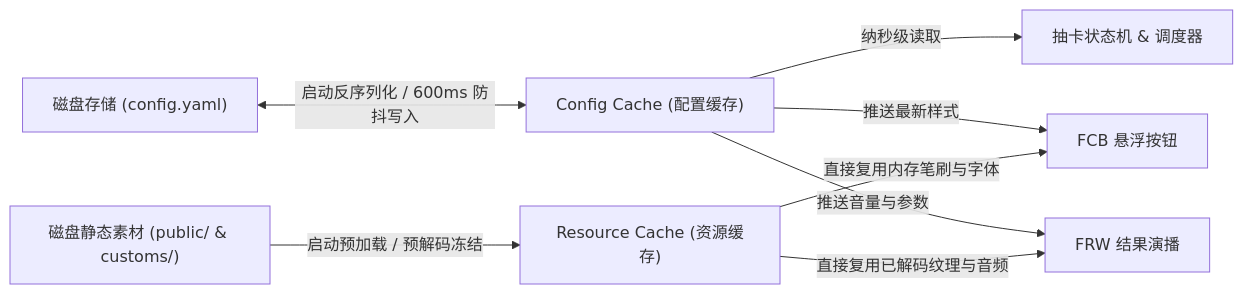
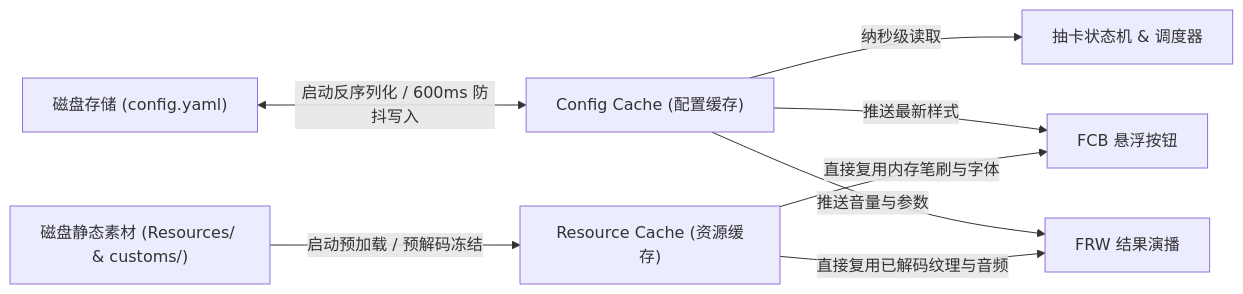
One commit to Yun-Hydrogen/blue-random changed the second of 4 diagrams in docs/ARCHITECTURE.md. Above: the diagram before and after it, drawn with Mermaid. The commit also changed other lines of this file and 147 other files, not shown here.

````diff
--- a/docs/ARCHITECTURE.md
+++ b/docs/ARCHITECTURE.md
@@ -98,11 +98,11 @@
 ```mermaid
 flowchart LR
     DiskYaml["磁盘存储 (config.yaml)"] <-->|启动反序列化 / 600ms 防抖写入| CCache["Config Cache (配置缓存)"]
-    Assets["磁盘静态素材 (public/ & customs/)"] -->|启动预加载 / 预解码冻结| RCache["Resource Cache (资源缓存)"]
+    Assets["磁盘静态素材 (Resources/ & customs/)"] -->|启动预加载 / 预解码冻结| RCache["Resource Cache (资源缓存)"]
 
     CCache -->|纳秒级读取| Backend["抽卡状态机 & 调度器"]
     CCache -->|推送最新样式| FCB["FCB 悬浮按钮"]
     CCache -->|推送音量与参数| FRW["FRW 结果演播"]
     RCache -->|直接复用内存笔刷与字体| FCB
     RCache -->|直接复用已解码纹理与音频| FRW
 ```
````
